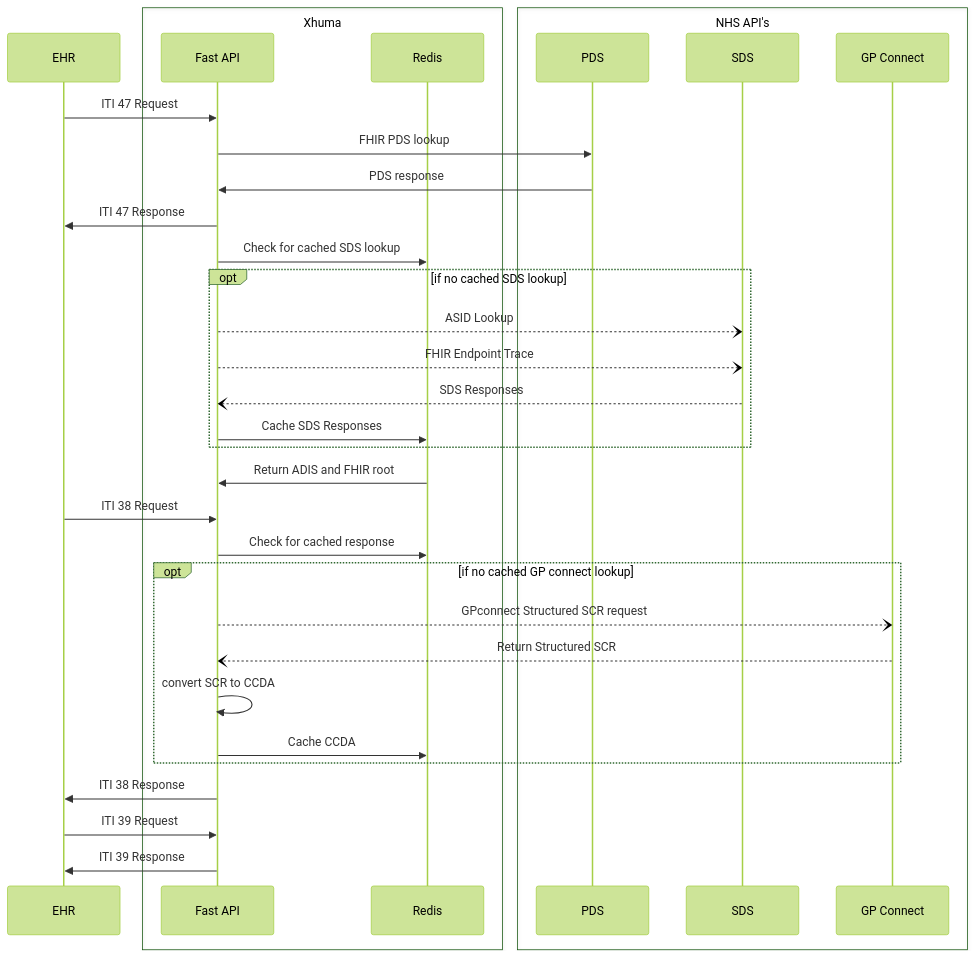
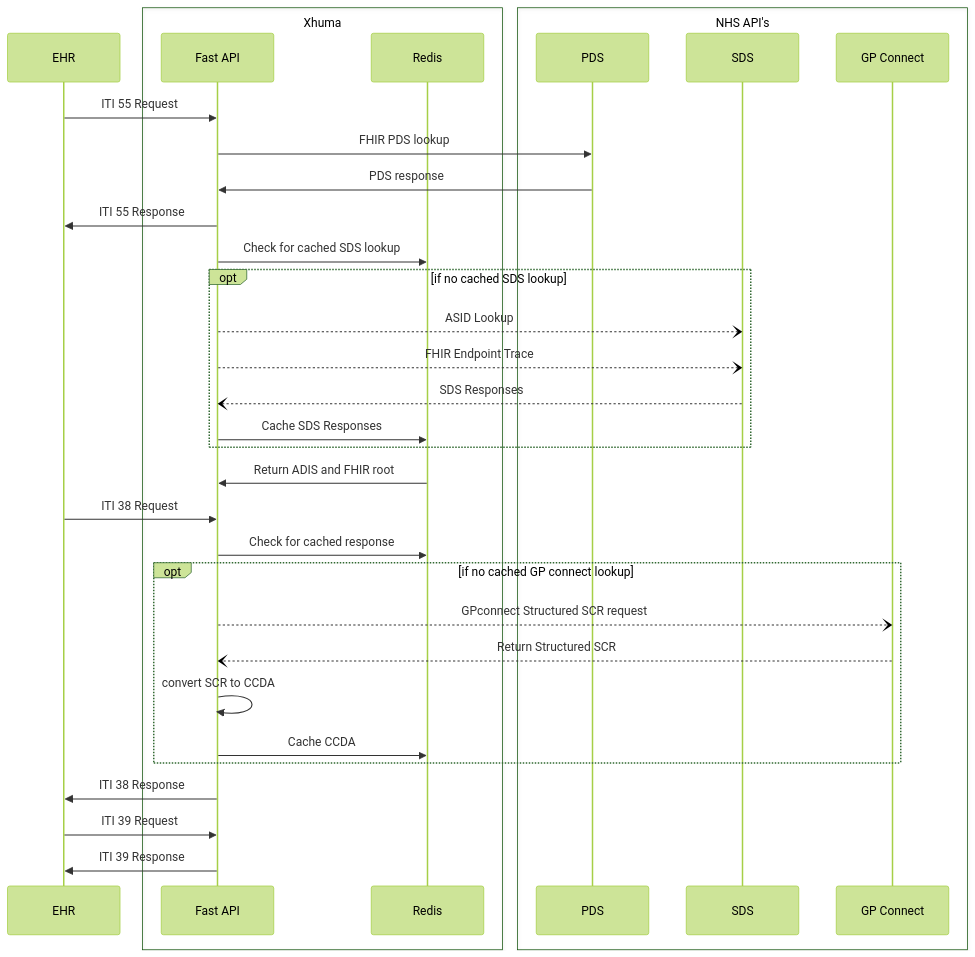
One commit to UCLH-Digital-Innovation-Hub/Xhuma changed the diagram in README.md. Above: the diagram before and after it, drawn with Mermaid (forest theme). The commit also changed other lines of this file and 3 other files, not shown here.

````diff
--- a/README.md
+++ b/README.md
@@ -33,38 +35,38 @@
 ```mermaid
 sequenceDiagram
     participant EHR
     box Xhuma
     participant Fast API
     participant Redis
     end
     box NHS API's
     participant PDS
     participant SDS
     participant GP Connect
     end
 
 
-    EHR->>Fast API: ITI 47 Request
+    EHR->>Fast API: ITI 55 Request
     Fast API->>PDS: FHIR PDS lookup
     PDS->>Fast API: PDS response
-    Fast API->>EHR: ITI 47 Response
+    Fast API->>EHR: ITI 55 Response
     Fast API->>Redis: Check for cached SDS lookup
     opt if no cached SDS lookup
     Fast API--)SDS: ASID Lookup
     Fast API--)SDS: FHIR Endpoint Trace
     SDS--)Fast API: SDS Responses
     Fast API->>Redis: Cache SDS Responses
     end
     Redis->>Fast API: Return ADIS and FHIR root
     EHR->>Fast API: ITI 38 Request
     Fast API->>Redis: Check for cached response
     opt if no cached GP connect lookup
     Fast API--)GP Connect: GPconnect Structured SCR request
     GP Connect--)Fast API: Return Structured SCR
     Fast API->>Fast API: convert SCR to CCDA
     Fast API->>Redis: Cache CCDA
     end
     Fast API->>EHR: ITI 38 Response
     EHR->>Fast API: ITI 39 Request
     Fast API->>EHR: ITI 39 Response
 ```
````
